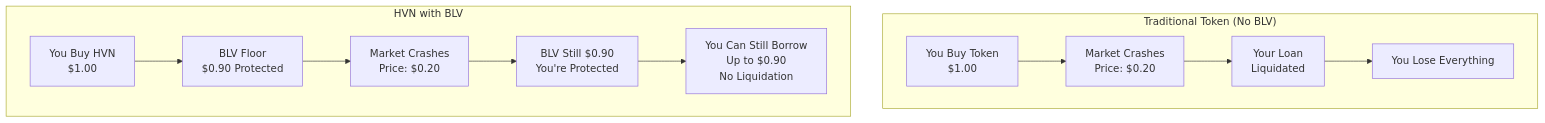
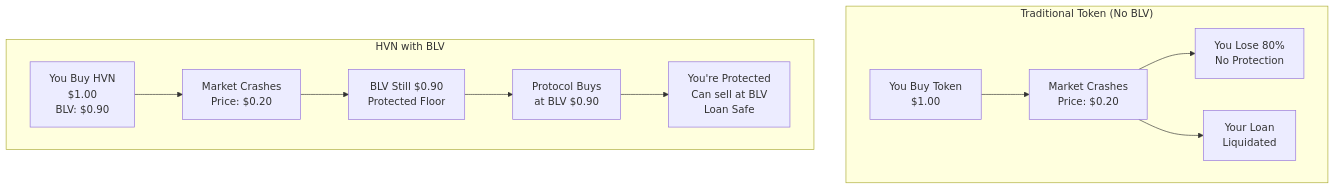
The sixth of 8 diagrams in blackhaven-blv-user-friendly.md (0xJaehaerys/ohmega), drawn with Mermaid before and after one commit. The commit also changed other lines of this file, not shown here.

First line of the commit message:
Rewrite BLV diagram based on actual Baseline Markets mechanism

````diff
--- a/blackhaven-blv-user-friendly.md
+++ b/blackhaven-blv-user-friendly.md
@@ -87,27 +155,26 @@
 ```mermaid
 graph TB
     subgraph "Traditional Token (No BLV)"
-        TRAD_USER[You Buy Token<br/>$1.00]
+        TRAD_BUY[You Buy Token<br/>$1.00]
         TRAD_DROP[Market Crashes<br/>Price: $0.20]
+        TRAD_LOSS[You Lose 80%<br/>No Protection]
         TRAD_LOAN[Your Loan<br/>Liquidated]
-        TRAD_LOSS[You Lose Everything]
     end
     
     subgraph "HVN with BLV"
-        HVN_USER[You Buy HVN<br/>$1.00]
-        HVN_BLV[BLV Floor<br/>$0.90 Protected]
+        HVN_BUY[You Buy HVN<br/>$1.00<br/>BLV: $0.90]
         HVN_DROP[Market Crashes<br/>Price: $0.20]
-        HVN_SAFE[BLV Still $0.90<br/>You're Protected]
-        HVN_BORROW[You Can Still Borrow<br/>Up to $0.90<br/>No Liquidation]
+        HVN_BLV[BLV Still $0.90<br/>Protected Floor]
+        HVN_BUYBACK[Protocol Buys<br/>at BLV $0.90]
+        HVN_SAFE[You're Protected<br/>Can sell at BLV<br/>Loan Safe]
     end
     
-    TRAD_USER --> TRAD_DROP
+    TRAD_BUY --> TRAD_DROP
+    TRAD_DROP --> TRAD_LOSS
     TRAD_DROP --> TRAD_LOAN
-    TRAD_LOAN --> TRAD_LOSS
     
-    HVN_USER --> HVN_BLV
-    HVN_BLV --> HVN_DROP
-    HVN_DROP --> HVN_SAFE
-    HVN_SAFE --> HVN_BORROW
-    
+    HVN_BUY --> HVN_DROP
+    HVN_DROP --> HVN_BLV
+    HVN_BLV --> HVN_BUYBACK
+    HVN_BUYBACK --> HVN_SAFE
 ```
````
